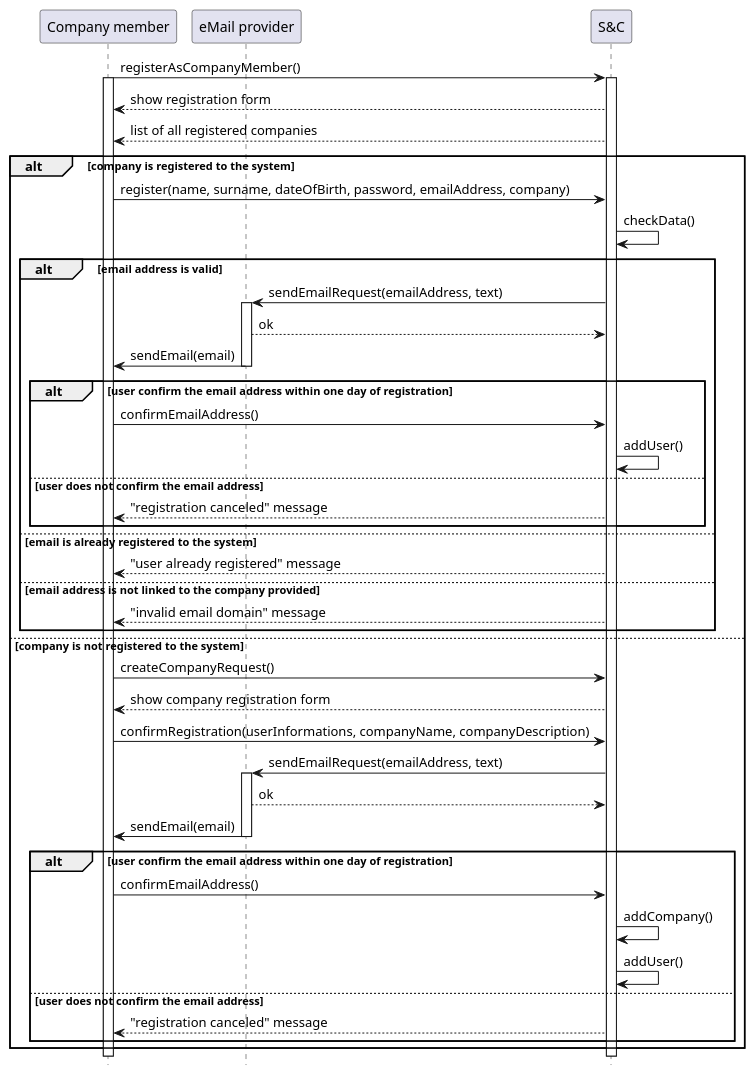
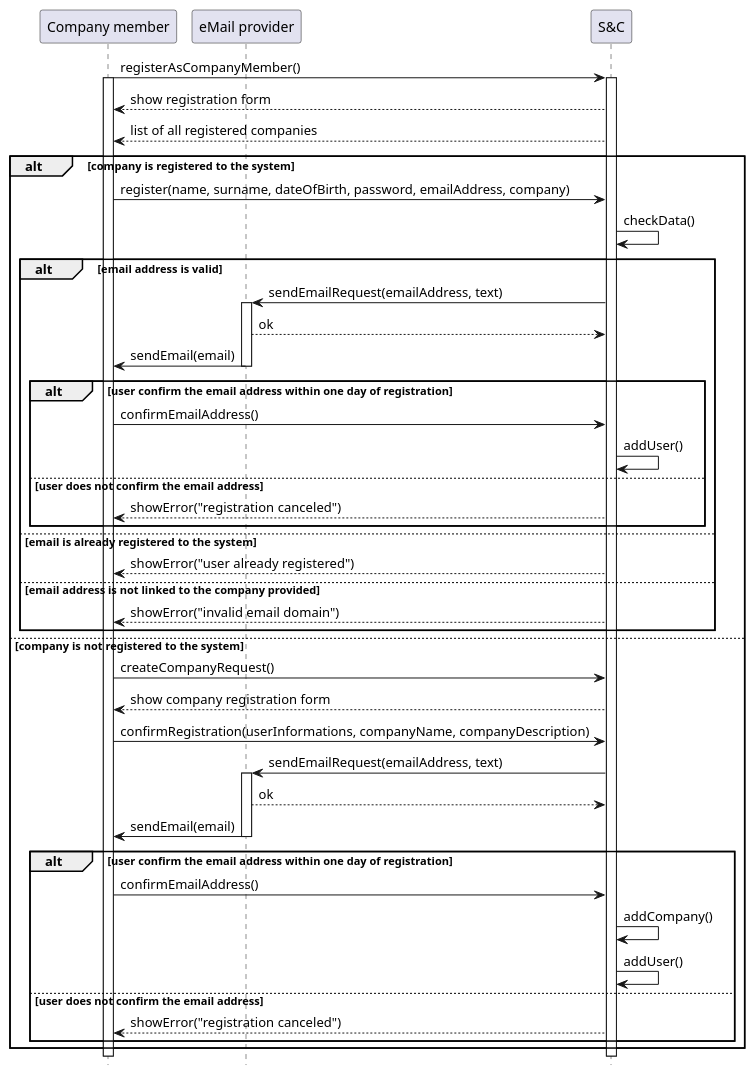
The diagram in RASD/Specific_requirements/uml_diagrams/UC2_diagram.puml (matti8702/R_and_DD_project_SE2), drawn with PlantUML before and after one commit. The commit also changed 7 other files, not shown here.

Commit message:
refactor: introduce showError and showMessage functions in sequence diagrams

```diff
--- a/RASD/Specific_requirements/uml_diagrams/UC2_diagram.puml
+++ b/RASD/Specific_requirements/uml_diagrams/UC2_diagram.puml
@@ -1,50 +1,50 @@
 @startuml UC2_diagram
 hide footbox
 
 participant "Company member" as CM
 participant "eMail provider" as EP
 participant "S&C" AS S
 
 CM -> S: registerAsCompanyMember()
 activate S
 activate CM
 S --> CM: show registration form
 S --> CM: list of all registered companies
 alt company is registered to the system
     CM -> S: register(name, surname, dateOfBirth, password, emailAddress, company)
     S -> S: checkData()
     alt email address is valid
         S -> EP: sendEmailRequest(emailAddress, text)
         activate EP
         EP --> S: ok
         EP -> CM: sendEmail(email)
         deactivate EP
         alt user confirm the email address within one day of registration
             CM -> S: confirmEmailAddress()
             S -> S: addUser()
         else user does not confirm the email address
-            S --> CM: "registration canceled" message
+            S --> CM: showError("registration canceled")
         end
     else email is already registered to the system
-        S --> CM: "user already registered" message
+        S --> CM: showError("user already registered")
     else email address is not linked to the company provided
-        S --> CM: "invalid email domain" message
+        S --> CM: showError("invalid email domain")
     end
 else company is not registered to the system
     CM -> S: createCompanyRequest()
     S --> CM: show company registration form
     CM -> S: confirmRegistration(userInformations, companyName, companyDescription)
     S -> EP: sendEmailRequest(emailAddress, text)
     activate EP
     EP --> S: ok
     EP -> CM: sendEmail(email)
     deactivate EP
     alt user confirm the email address within one day of registration
         CM -> S: confirmEmailAddress()
         S -> S: addCompany()
         S -> S: addUser()
     else user does not confirm the email address
-        S --> CM: "registration canceled" message
+        S --> CM: showError("registration canceled")
     end
 end
 @enduml
```
